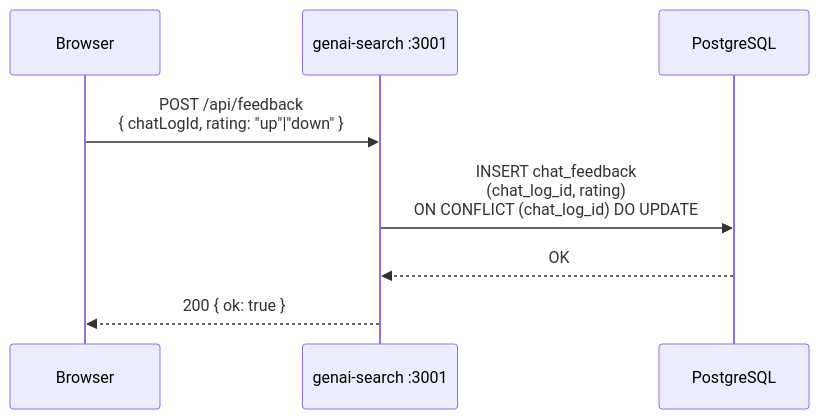
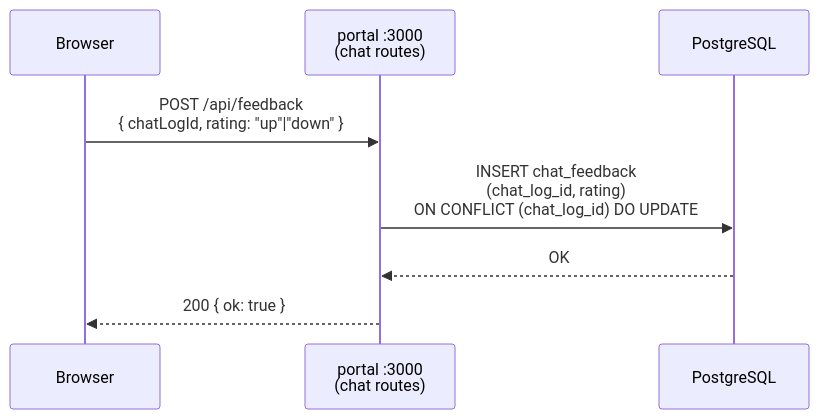
The fourth of 5 diagrams in docs/diagrams/rag-chat-sequence.md (sjackshaw/document-search), drawn with Mermaid before and after one commit. The commit also changed other lines of this file and 13 other files, not shown here.

````diff
--- a/docs/diagrams/rag-chat-sequence.md
+++ b/docs/diagrams/rag-chat-sequence.md
@@ -72,11 +95,11 @@
 ```mermaid
 sequenceDiagram
     participant Browser
-    participant GenAI as genai-search :3001
+    participant Portal as portal :3000<br/>(chat routes)
     participant PG as PostgreSQL
 
-    Browser->>GenAI: POST /api/feedback<br/>{ chatLogId, rating: "up"|"down" }
-    GenAI->>PG: INSERT chat_feedback<br/>(chat_log_id, rating)<br/>ON CONFLICT (chat_log_id) DO UPDATE
-    PG-->>GenAI: OK
-    GenAI-->>Browser: 200 { ok: true }
+    Browser->>Portal: POST /api/feedback<br/>{ chatLogId, rating: "up"|"down" }
+    Portal->>PG: INSERT chat_feedback<br/>(chat_log_id, rating)<br/>ON CONFLICT (chat_log_id) DO UPDATE
+    PG-->>Portal: OK
+    Portal-->>Browser: 200 { ok: true }
 ```
````
